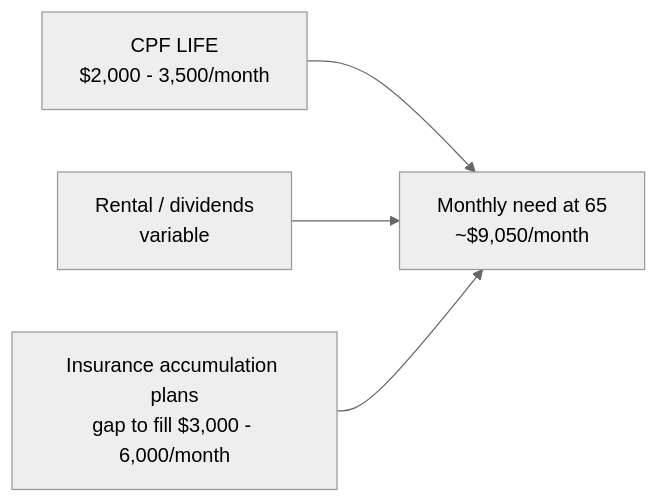
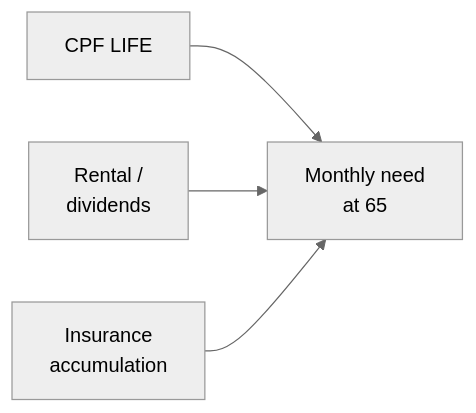
Before and after one commit to leotansingapore/aia-product-compass-hub: the diagram in docs/first-60-days/week-2/day-10.md, drawn with Mermaid (neutral theme). The commit also changed 2 other files, not shown here.

Commit message:
Week 2 charts now use shorter labels and clearer flow on income trajectory, retirement gaps, and the income-mix shift

````diff
--- a/docs/first-60-days/week-2/day-10.md
+++ b/docs/first-60-days/week-2/day-10.md
@@ -134,9 +134,6 @@
 ```mermaid
 flowchart LR
-    EXP["Monthly need at 65<br/>~$9,050/month"]
-    CPF["CPF LIFE<br/>$2,000 - 3,500/month"]
-    REN["Rental / dividends<br/>variable"]
-    INS["Insurance accumulation plans<br/>gap to fill $3,000 - 6,000/month"]
-
-    CPF & REN & INS --> EXP
+    CPF["CPF LIFE"] --> EXP["Monthly need<br/>at 65"]
+    REN["Rental /<br/>dividends"] --> EXP
+    INS["Insurance<br/>accumulation"] --> EXP
 ```
````
